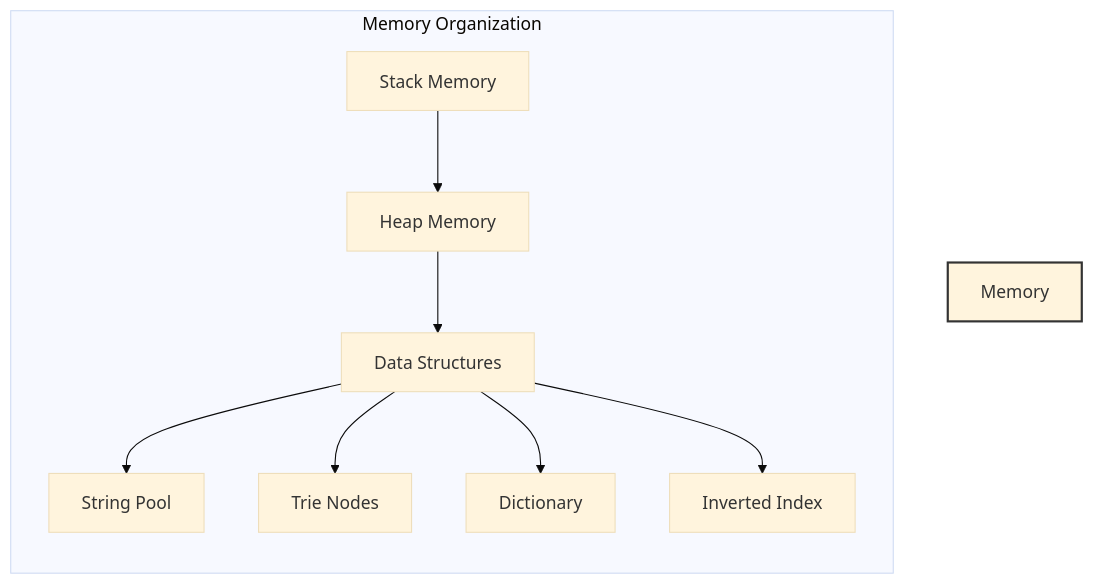
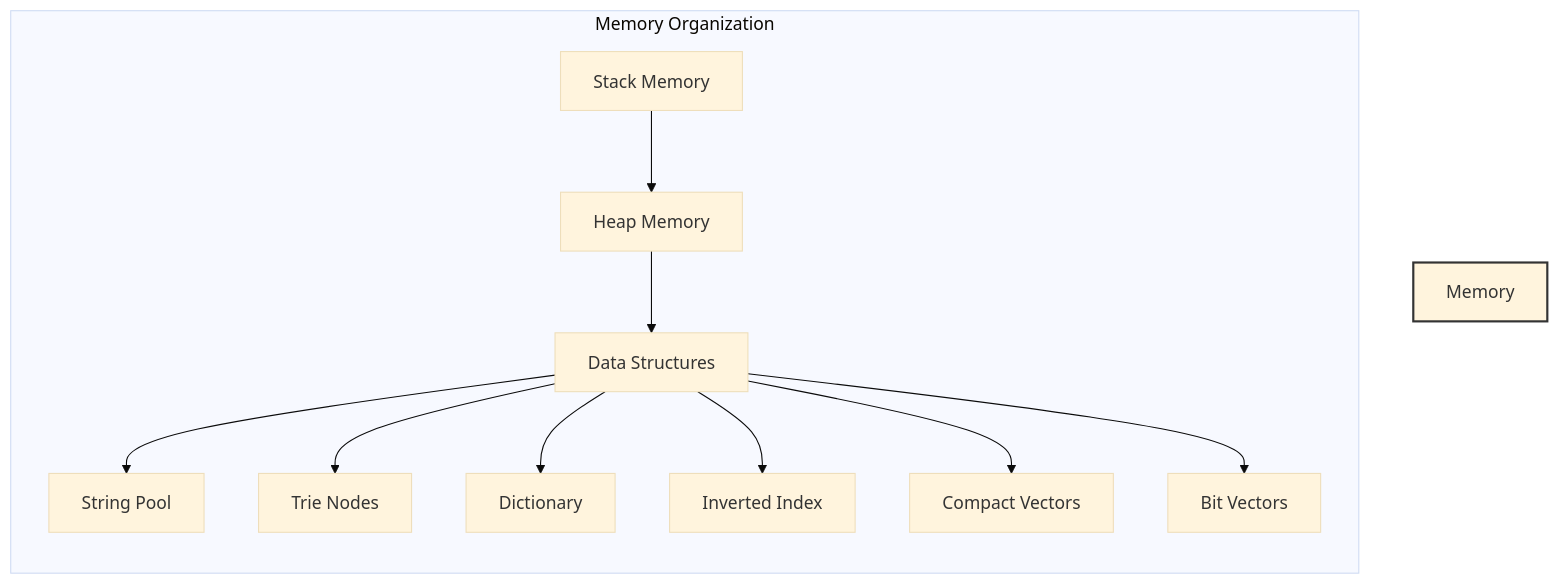
Before and after one commit to aawadall/autocomplete: the third of 3 diagrams in doc/class_diagram.md, drawn with Mermaid (base theme). The commit also changed other lines of this file and 1 other file, not shown here.

````diff
--- a/doc/class_diagram.md
+++ b/doc/class_diagram.md
@@ -169,14 +273,16 @@
 ```mermaid
 graph TD
     subgraph Memory Organization
         direction TB
         Stack[Stack Memory] --> Heap[Heap Memory]
         Heap --> Data[Data Structures]
         Data --> Strings[String Pool]
         Data --> Trie[Trie Nodes]
         Data --> Dict[Dictionary]
         Data --> Index[Inverted Index]
+        Data --> Compact[Compact Vectors]
+        Data --> BitVec[Bit Vectors]
     end
 
     style Memory Organization fill:#f9f,stroke:#333,stroke-width:2px
 ```
````
